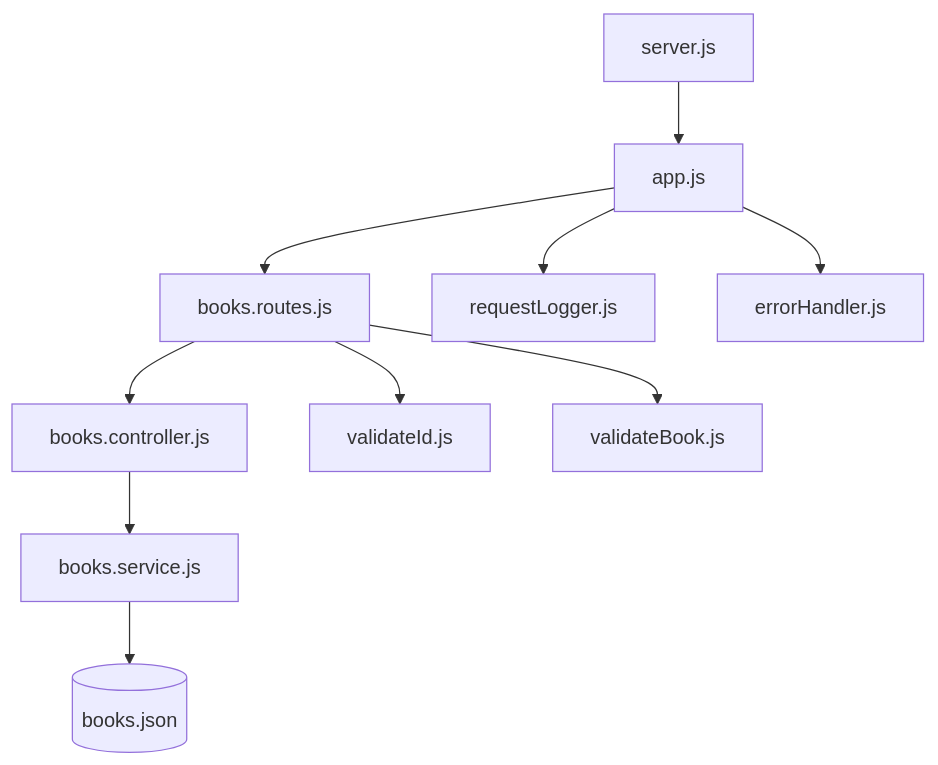
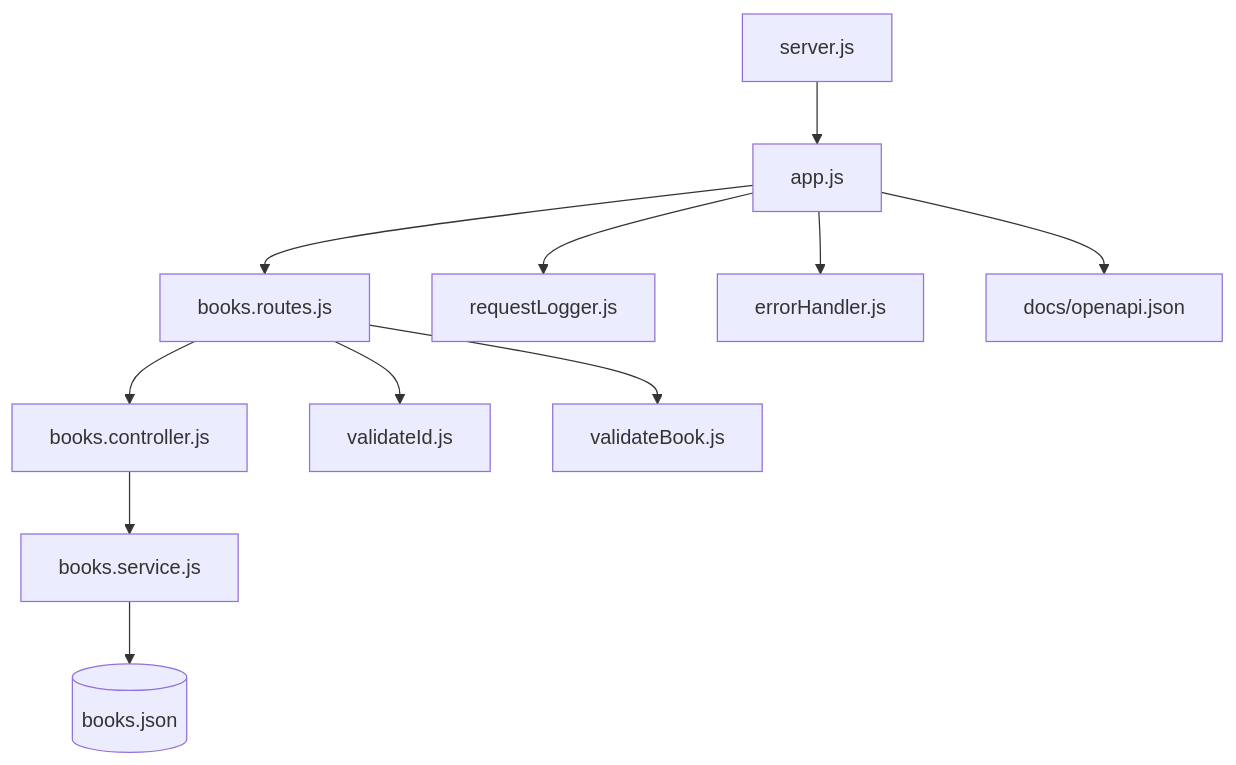
Before and after one commit to das77/fsep-node-express-api: the fourth of 5 diagrams in docs/ARCHITECTURE.md, drawn with Mermaid. The commit also changed other lines of this file and 2 other files, not shown here.

Commit message:
docs: update README and architecture/design docs to include Swagger UI and API documentation details

````diff
--- a/docs/ARCHITECTURE.md
+++ b/docs/ARCHITECTURE.md
@@ -81,12 +83,13 @@
 ```mermaid
 flowchart TD
     server[server.js] --> app[app.js]
     app --> routes[books.routes.js]
     app --> logger[requestLogger.js]
     app --> errh[errorHandler.js]
+    app --> spec[docs/openapi.json]
     routes --> ctrl[books.controller.js]
     routes --> vid[validateId.js]
     routes --> vbook[validateBook.js]
     ctrl --> svc[books.service.js]
     svc --> data[(books.json)]
 ```
````
